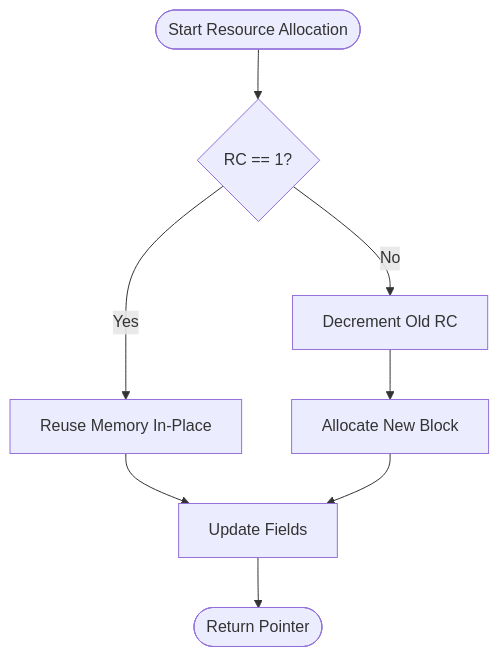
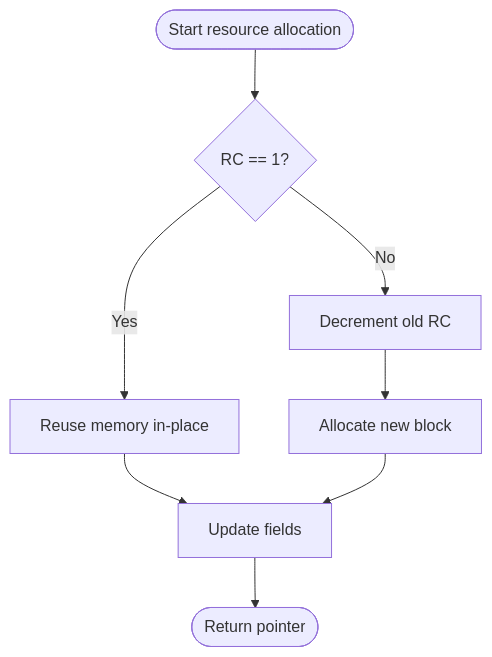
The third of 4 diagrams in Research_Paper.md (MasterBrian99/loreal), drawn with Mermaid before and after one commit. The commit also changed other lines of this file, not shown here.

````diff
--- a/Research_Paper.md
+++ b/Research_Paper.md
@@ -246,10 +245,10 @@
 ```mermaid
 flowchart TD
-    Start([Start Resource Allocation]) --> IsUnique{RC == 1?}
-    IsUnique -- Yes --> Reuse[Reuse Memory In-Place]
-    IsUnique -- No --> Dec[Decrement Old RC]
-    Dec --> Alloc[Allocate New Block]
-    Reuse --> Update[Update Fields]
+    Start([Start resource allocation]) --> IsUnique{RC == 1?}
+    IsUnique -- Yes --> Reuse[Reuse memory in-place]
+    IsUnique -- No --> Dec[Decrement old RC]
+    Dec --> Alloc[Allocate new block]
+    Reuse --> Update[Update fields]
     Alloc --> Update
-    Update --> End([Return Pointer])
+    Update --> End([Return pointer])
 ```
````
